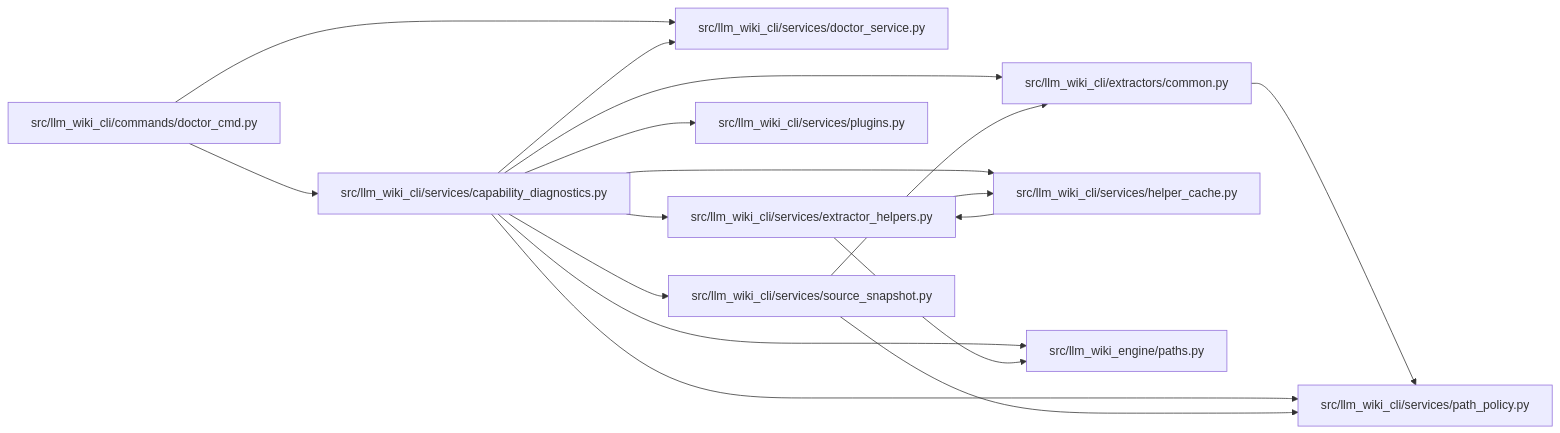
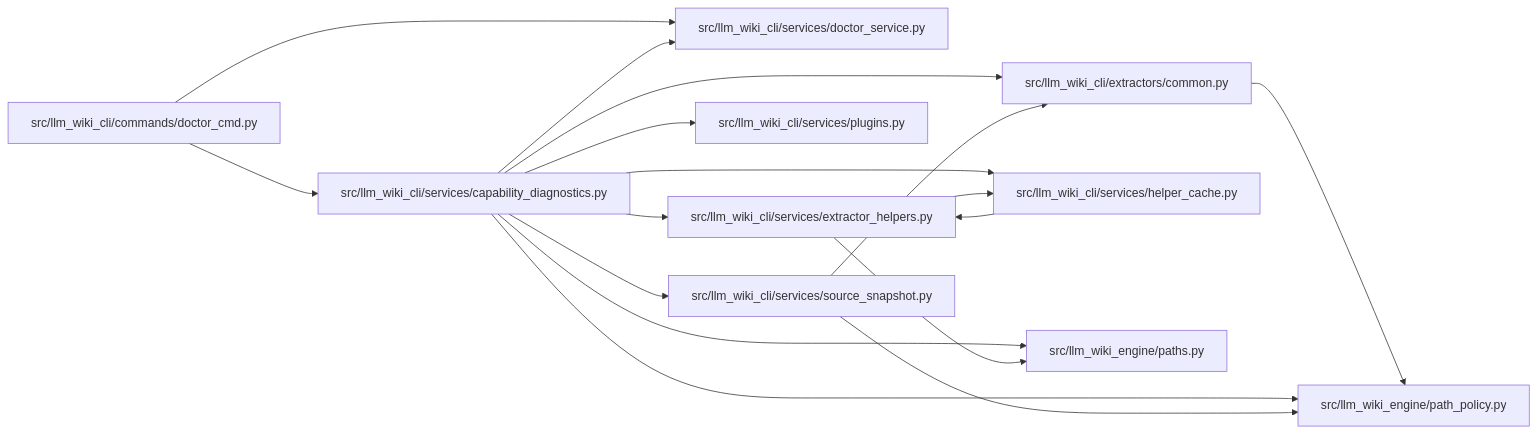
One commit to Denissvgn/python-wiki-llm changed the diagram in docs/llm_wiki/modules/capability_diagnostics.md. Above: the diagram before and after it, drawn with Mermaid. The commit also changed other lines of this file and 739 other files, not shown here.

First line of the commit message:
docs: refresh the wiki for the second engine batch

````diff
--- a/docs/llm_wiki/modules/capability_diagnostics.md
+++ b/docs/llm_wiki/modules/capability_diagnostics.md
@@ -40,39 +40,39 @@
 ```mermaid
 flowchart LR
     n0["src/llm_wiki_cli/commands/doctor_cmd.py"]
     n1["src/llm_wiki_cli/extractors/common.py"]
     n2["src/llm_wiki_cli/services/capability_diagnostics.py"]
     n3["src/llm_wiki_cli/services/doctor_service.py"]
     n4["src/llm_wiki_cli/services/extractor_helpers.py"]
     n5["src/llm_wiki_cli/services/helper_cache.py"]
-    n6["src/llm_wiki_cli/services/path_policy.py"]
-    n7["src/llm_wiki_cli/services/plugins.py"]
-    n8["src/llm_wiki_cli/services/source_snapshot.py"]
+    n6["src/llm_wiki_cli/services/plugins.py"]
+    n7["src/llm_wiki_cli/services/source_snapshot.py"]
+    n8["src/llm_wiki_engine/path_policy.py"]
     n9["src/llm_wiki_engine/paths.py"]
     n0 --> n2
     n0 --> n3
-    n1 --> n6
+    n1 --> n8
     n2 --> n1
     n2 --> n3
     n2 --> n4
     n2 --> n5
     n2 --> n6
     n2 --> n7
     n2 --> n8
     n2 --> n9
     n4 --> n5
     n4 --> n9
     n5 --> n4
-    n8 --> n1
-    n8 --> n6
+    n7 --> n1
+    n7 --> n8
     click n0 "../modules/doctor_cmd.md"
     click n1 "../modules/common.md"
     click n2 "../modules/capability_diagnostics.md"
     click n3 "../modules/doctor_service.md"
     click n4 "../modules/extractor_helpers.md"
     click n5 "../modules/helper_cache.md"
-    click n6 "../modules/path_policy.md"
-    click n7 "../modules/plugins.md"
-    click n8 "../modules/source_snapshot.md"
+    click n6 "../modules/plugins.md"
+    click n7 "../modules/source_snapshot.md"
+    click n8 "../modules/path_policy.md"
     click n9 "../modules/paths.md"
 ```
````
